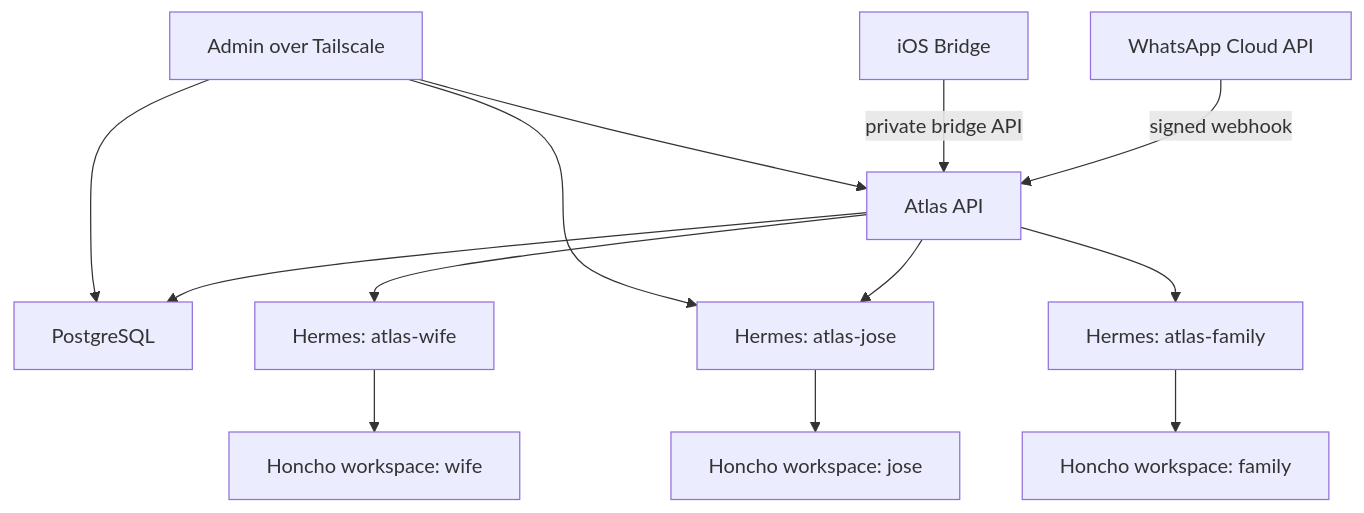
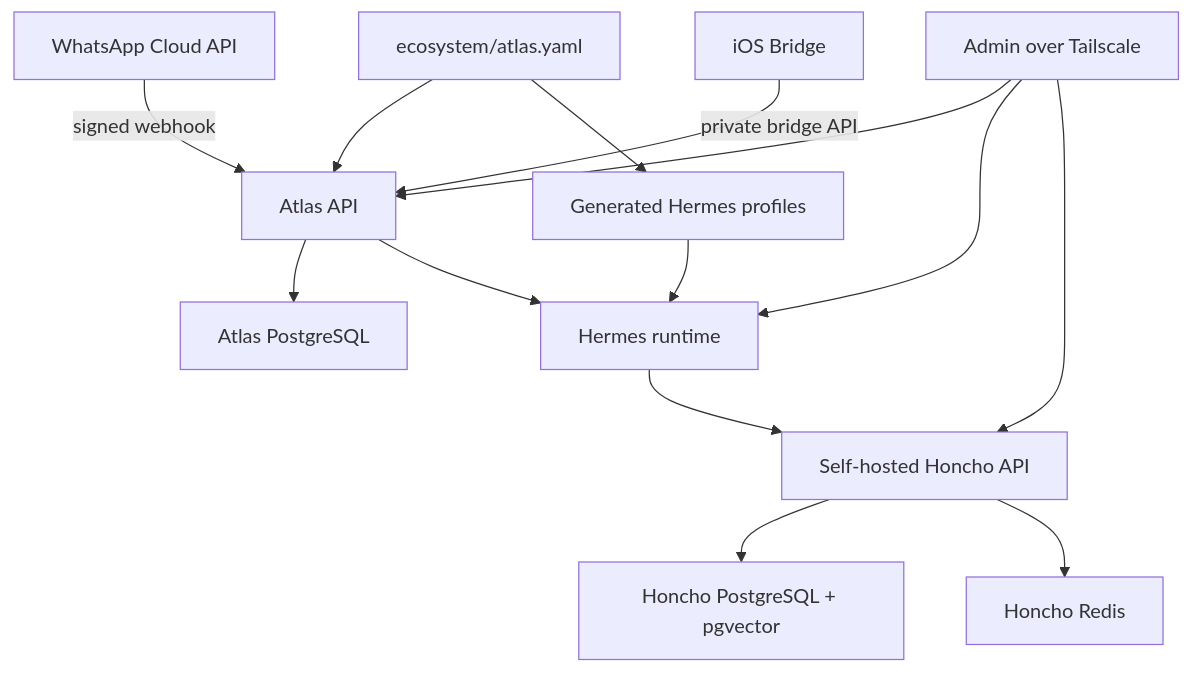
One commit to itspalomo/project-atlas changed the diagram in docs/architecture.md. Above: the diagram before and after it, drawn with Mermaid. The commit also changed other lines of this file and 32 other files, not shown here.

Commit message:
Make Atlas install self-serve

````diff
--- a/docs/architecture.md
+++ b/docs/architecture.md
@@ -27,15 +27,16 @@
 ```mermaid
 flowchart TD
-  WA["WhatsApp Cloud API"] -->|"signed webhook"| API["Atlas API"]
+  CFG["ecosystem/atlas.yaml"] --> API["Atlas API"]
+  CFG --> PROF["Generated Hermes profiles"]
+  WA["WhatsApp Cloud API"] -->|"signed webhook"| API
   IOS["iOS Bridge"] -->|"private bridge API"| API
-  API --> PG["PostgreSQL"]
-  API --> HJ["Hermes: atlas-jose"]
-  API --> HW["Hermes: atlas-wife"]
-  API --> HF["Hermes: atlas-family"]
-  HJ --> MJ["Honcho workspace: jose"]
-  HW --> MW["Honcho workspace: wife"]
-  HF --> MF["Honcho workspace: family"]
+  API --> PG["Atlas PostgreSQL"]
+  API --> H["Hermes runtime"]
+  H --> HC["Self-hosted Honcho API"]
+  HC --> HPG["Honcho PostgreSQL + pgvector"]
+  HC --> HR["Honcho Redis"]
+  PROF --> H
   Admin["Admin over Tailscale"] --> API
-  Admin --> PG
-  Admin --> HJ
+  Admin --> H
+  Admin --> HC
 ```
````
